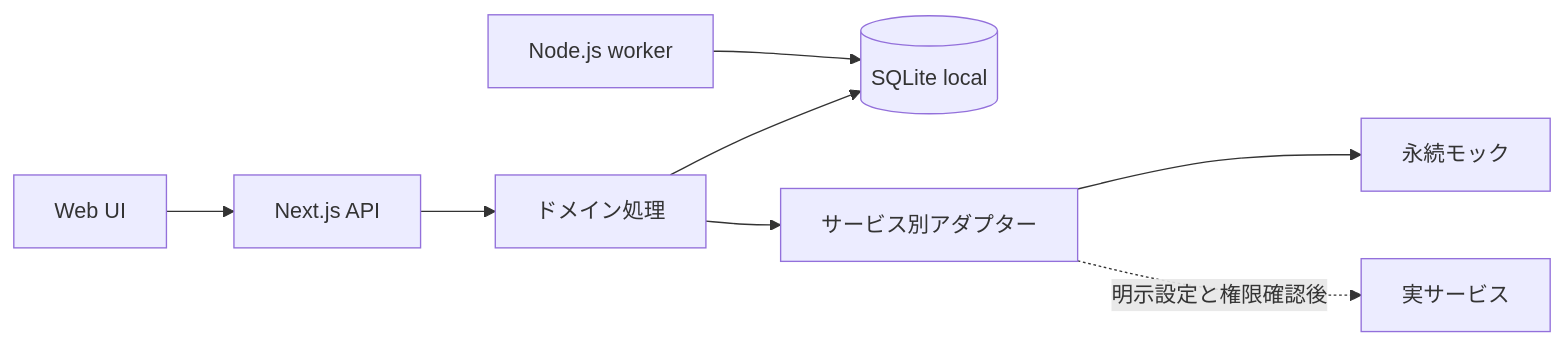
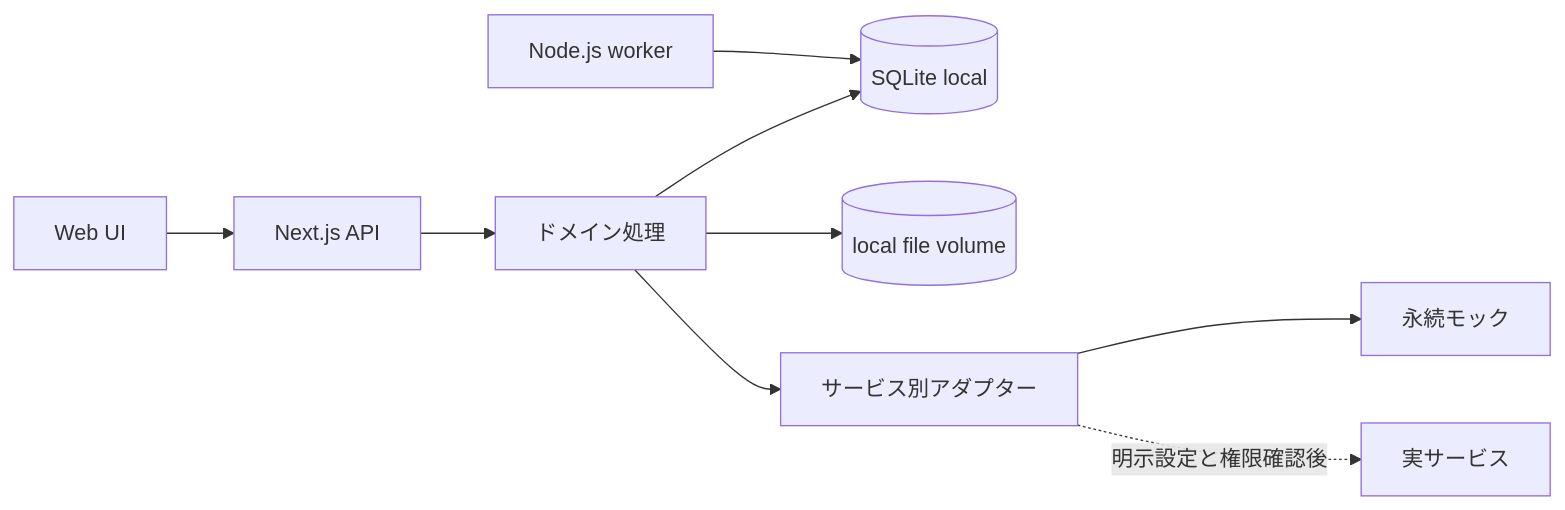
One commit to ChihiroNishioka/task-planner-ai changed the diagram in ARCHITECTURE.md. Above: the diagram before and after it, drawn with Mermaid. The commit also changed other lines of this file and 11 other files, not shown here.

````diff
--- a/ARCHITECTURE.md
+++ b/ARCHITECTURE.md
@@ -7,10 +7,11 @@
 ```mermaid
 flowchart LR
   UI[Web UI] --> API[Next.js API]
   API --> DOMAIN[ドメイン処理]
   DOMAIN --> DB[(SQLite local)]
+  DOMAIN --> BLOBS[(local file volume)]
   WORKER[Node.js worker] --> DB
   DOMAIN --> ADAPTER[サービス別アダプター]
   ADAPTER --> MOCK[永続モック]
   ADAPTER -. 明示設定と権限確認後 .-> REAL[実サービス]
 ```
````
